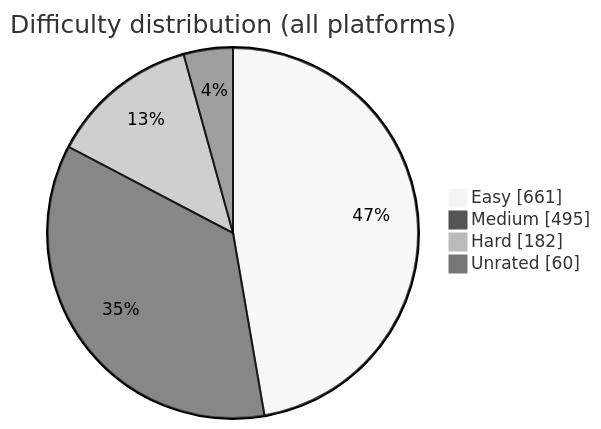
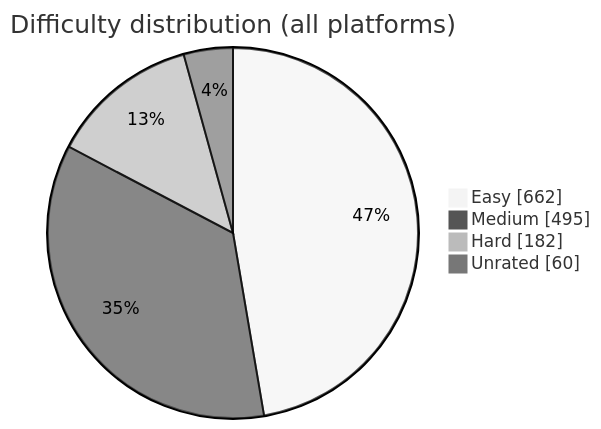
Before and after one commit to BuildbyArindam/Daily-Coding-Log: the diagram in README.md, drawn with Mermaid (neutral theme). The commit also changed other lines of this file, not shown here.

````diff
--- a/README.md
+++ b/README.md
@@ -93,7 +93,7 @@
 ```mermaid
 pie showData title Difficulty distribution (all platforms)
-    "Easy" : 661
+    "Easy" : 662
     "Medium" : 495
     "Hard" : 182
     "Unrated" : 60
 ```
````
